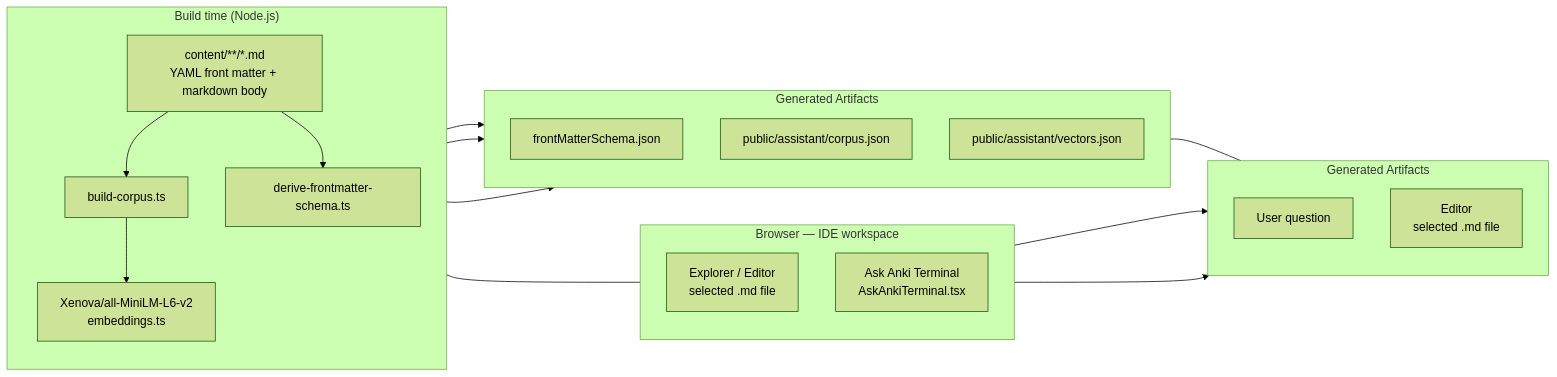
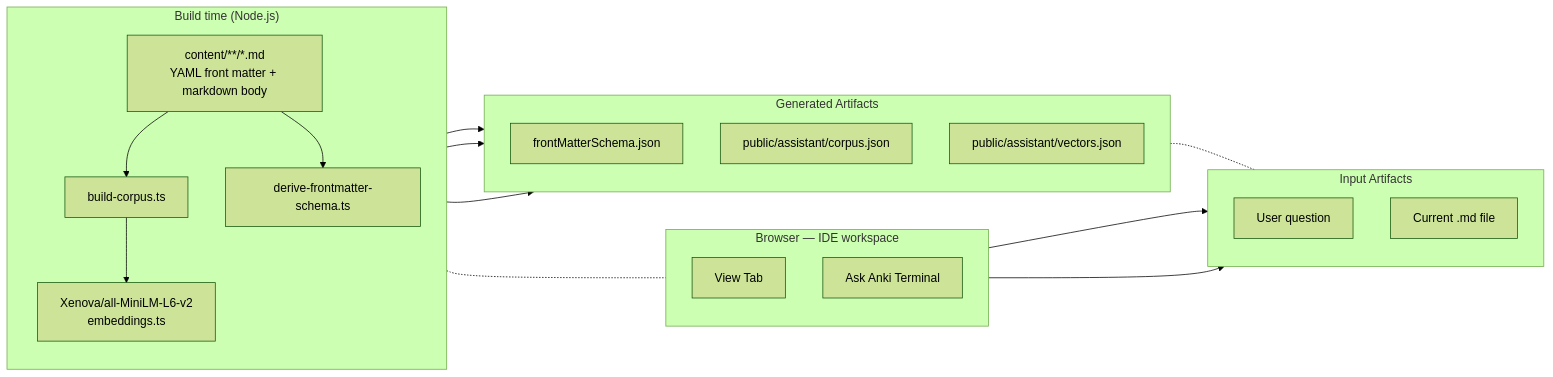
Before and after one commit to ankinelaturu/anki-fyi: the first of 4 diagrams in docs/architecture.md, drawn with Mermaid (forest theme). The commit also changed other lines of this file and 1 other file, not shown here.

````diff
--- a/docs/architecture.md
+++ b/docs/architecture.md
@@ -11,38 +11,40 @@
 ```mermaid
 flowchart LR
   subgraph BUILD["Build time (Node.js)"]
     direction TB
     MD["content/**/*.md<br/>YAML front matter + markdown body"]
     DERIVE["derive-frontmatter-schema.ts"]
     BSCRIPT["build-corpus.ts"]
     EMB["Xenova/all-MiniLM-L6-v2<br/>embeddings.ts"]
 
     MD --> BSCRIPT
     MD --> DERIVE
     BSCRIPT --> EMB
   end
   subgraph UI["Browser — IDE workspace"]
     direction TB
-    EXPLORER["Explorer / Editor<br/>selected .md file"]
-    TERM["Ask Anki Terminal<br/>AskAnkiTerminal.tsx"]
+    EXPLORER["View Tab"]
+    TERM["Ask Anki Terminal"]
   end
   
   subgraph GARTIFACTS["Generated Artifacts"]
     direction TB
     SCHEMA["frontMatterSchema.json"]
-    CORPUS_OUT["public/assistant/corpus.json"]
-    VECTORS_OUT["public/assistant/vectors.json"]
+    CORPUS["public/assistant/corpus.json"]
+    VECTORS["public/assistant/vectors.json"]
   end  
-  subgraph UARTIFACTS["Generated Artifacts"]
+  subgraph UARTIFACTS["Input Artifacts"]
     direction TB
     Q["User question"]
-    MDFILE["Editor<br/>selected .md file"]
+    MDFILE["Current .md file"]
   end  
-  BUILD --- UI
-  GARTIFACTS --- UARTIFACTS
+
+  
+  BUILD -.- UI
+  GARTIFACTS -.- UARTIFACTS
   TERM --> Q
   EXPLORER --> MDFILE
   DERIVE --> SCHEMA
-  BSCRIPT --> CORPUS_OUT
-  EMB --> VECTORS_OUT
+  BSCRIPT --> CORPUS
+  EMB --> VECTORS
 ```
````
